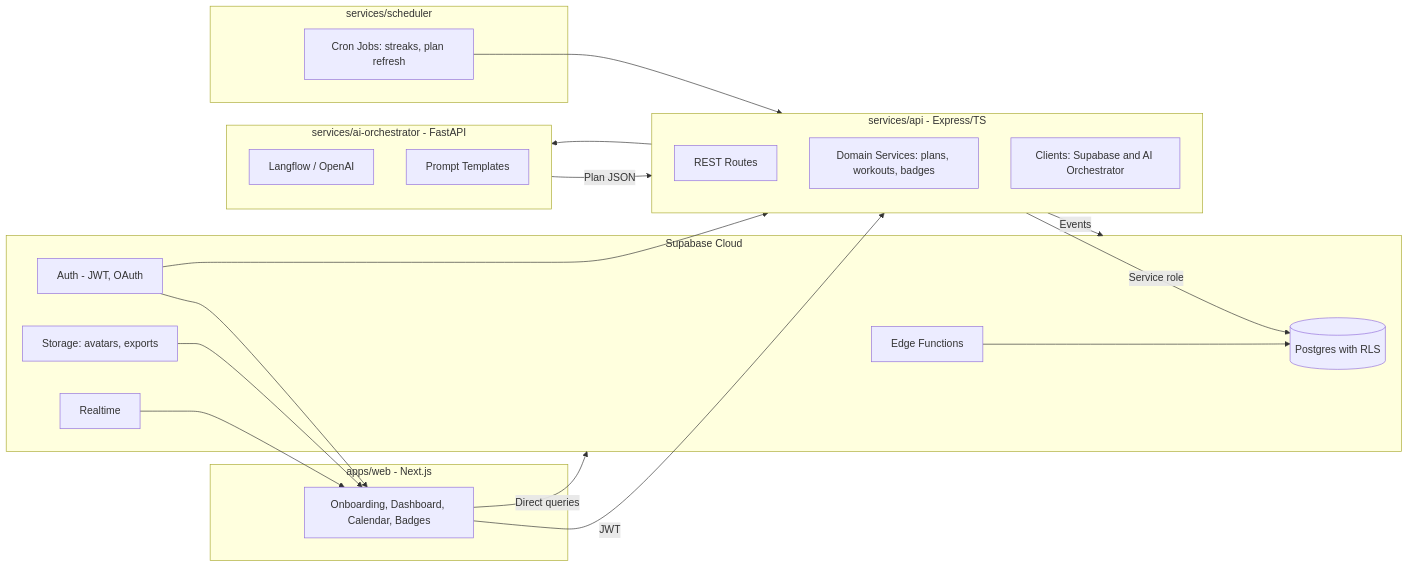
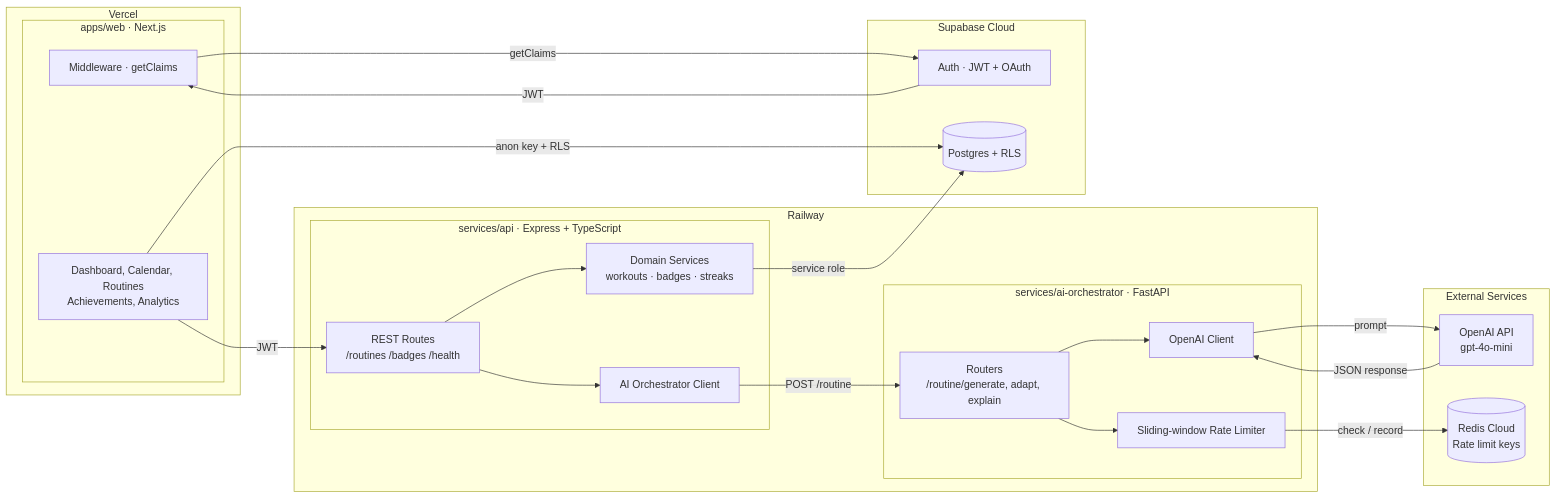
Before and after one commit to Pulse-project-300/atu-project-300: the diagram in docs/archeticture/diagrams/system-architecture.md, drawn with Mermaid.

Commit message:
updated system architecture diagram to match current iteration of the system

````diff
--- a/docs/archeticture/diagrams/system-architecture.md
+++ b/docs/archeticture/diagrams/system-architecture.md
@@ -1,44 +1,60 @@
 ```mermaid
 flowchart LR
-  subgraph Web[apps/web - Next.js]
-    UI[Onboarding, Dashboard, Calendar, Badges]
+  subgraph Vercel[Vercel]
+    subgraph Web[apps/web · Next.js]
+      UI[Dashboard, Calendar, Routines\nAchievements, Analytics]
+      Mid[Middleware · getClaims]
+    end
   end
 
-  subgraph API[services/api - Express/TS]
-    Routes[REST Routes]
-    Services[Domain Services: plans, workouts, badges]
-    Clients[Clients: Supabase and AI Orchestrator]
+  subgraph Railway[Railway]
+    subgraph API[services/api · Express + TypeScript]
+      Routes[REST Routes\n/routines /badges /health]
+      Services[Domain Services\nworkouts · badges · streaks]
+      AIClient[AI Orchestrator Client]
+    end
+
+    subgraph AI[services/ai-orchestrator · FastAPI]
+      Router[Routers\n/routine/generate, adapt, explain]
+      RateLimiter[Sliding-window Rate Limiter]
+      OpenAIClient[OpenAI Client]
+    end
   end
 
-  subgraph AI[services/ai-orchestrator - FastAPI]
-    Langflow[Langflow / OpenAI]
-    Prompts[Prompt Templates]
+  subgraph Supabase[Supabase Cloud]
+    Auth[Auth · JWT + OAuth]
+    DB[(Postgres + RLS)]
   end
 
-  subgraph Supa[Supabase Cloud]
-    DB[(Postgres with RLS)]
-    Auth[Auth - JWT, OAuth]
-    Storage[Storage: avatars, exports]
-    RT[Realtime]
-    Edge[Edge Functions]
+  subgraph External[External Services]
+    OpenAI[OpenAI API\ngpt-4o-mini]
+    Redis[(Redis Cloud\nRate limit keys)]
   end
 
-  subgraph Sched[services/scheduler]
-    Cron[Cron Jobs: streaks, plan refresh]
-  end
+  %% Web ↔ Auth
+  Mid -->|getClaims| Auth
+  Auth -->|JWT| Mid
 
-  UI -->|JWT| API
-  UI -->|Direct queries| Supa
-  API -->|Service role| DB
-  API --> AI
-  AI -->|Plan JSON| API
-  API -->|Events| Supa
-  Edge --> DB
-  Cron --> API
-  RT --> UI
-  Storage --> UI
-  Auth --> UI
-  Auth --> API
+  %% Web ↔ Supabase direct
+  UI -->|anon key + RLS| DB
 
+  %% Web ↔ API
+  UI -->|JWT| Routes
 
+  %% API internals
+  Routes --> Services
+  Routes --> AIClient
+
+  %% API ↔ Supabase
+  Services -->|service role| DB
+
+  %% API ↔ AI Orchestrator
+  AIClient -->|POST /routine| Router
+
+  %% AI internals
+  Router --> RateLimiter
+  RateLimiter -->|check / record| Redis
+  Router --> OpenAIClient
+  OpenAIClient -->|prompt| OpenAI
+  OpenAI -->|JSON response| OpenAIClient
 ```
````
